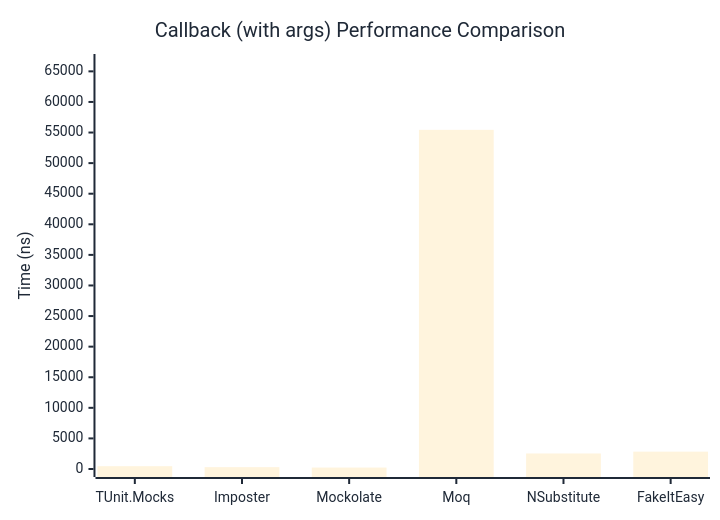
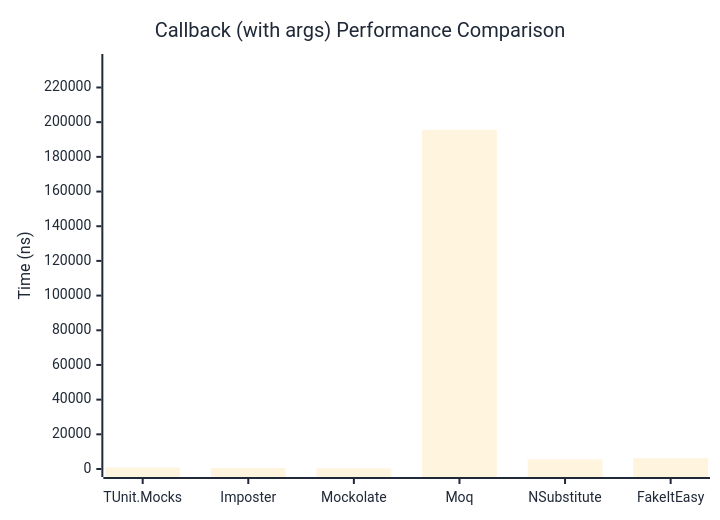
Before and after one commit to thomhurst/TUnit: the second of 2 diagrams in docs/docs/benchmarks/mocks/Callback.md, drawn with Mermaid. The commit also changed other lines of this file and 14 other files, not shown here.

````diff
--- a/docs/docs/benchmarks/mocks/Callback.md
+++ b/docs/docs/benchmarks/mocks/Callback.md
@@ -71,27 +71,27 @@
 ```mermaid
 %%{init: {
   'theme':'base',
   'themeVariables': {
     'primaryColor': '#2563eb',
     'primaryTextColor': '#1f2937',
     'primaryBorderColor': '#1e40af',
     'lineColor': '#6b7280',
     'secondaryColor': '#7c3aed',
     'tertiaryColor': '#dc2626',
     'background': '#ffffff',
     'pie1': '#2563eb',
     'pie2': '#7c3aed',
     'pie3': '#dc2626',
     'pie4': '#f59e0b',
     'pie5': '#10b981',
     'pie6': '#06b6d4',
     'pie7': '#ec4899',
     'pie8': '#6366f1'
   }
 }}%%
 xychart-beta
   title "Callback (with args) Performance Comparison"
   x-axis ["TUnit.Mocks", "Imposter", "Mockolate", "Moq", "NSubstitute", "FakeItEasy"]
-  y-axis "Time (ns)" 0 --> 66529
-  bar [461.9, 301.8, 233, 55440.5, 2536.8, 2835.1]
+  y-axis "Time (ns)" 0 --> 234698
+  bar [826.2, 538.6, 393.7, 195580.9, 5512.7, 6257.2]
 ```
````
